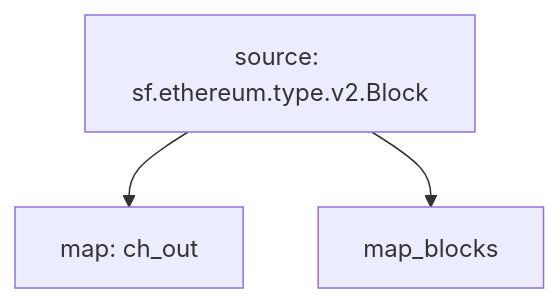
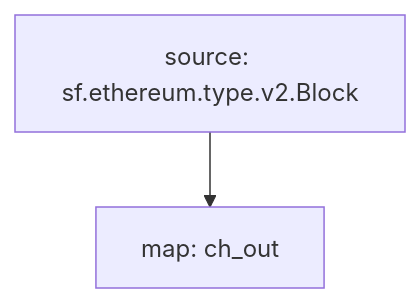
One commit to pinax-network/substreams-raw-blocks changed the diagram in README.md. Above: the diagram before and after it, drawn with Mermaid. The commit also changed 3 other files, not shown here.

Commit message:
remove map_blocks

````diff
--- a/README.md
+++ b/README.md
@@ -32,6 +32,5 @@
 ```mermaid
 graph TD;
   ch_out[map: ch_out];
   sf.ethereum.type.v2.Block[source: sf.ethereum.type.v2.Block] --> ch_out;
-  sf.ethereum.type.v2.Block[source: sf.ethereum.type.v2.Block] --> map_blocks;
 ```
````
